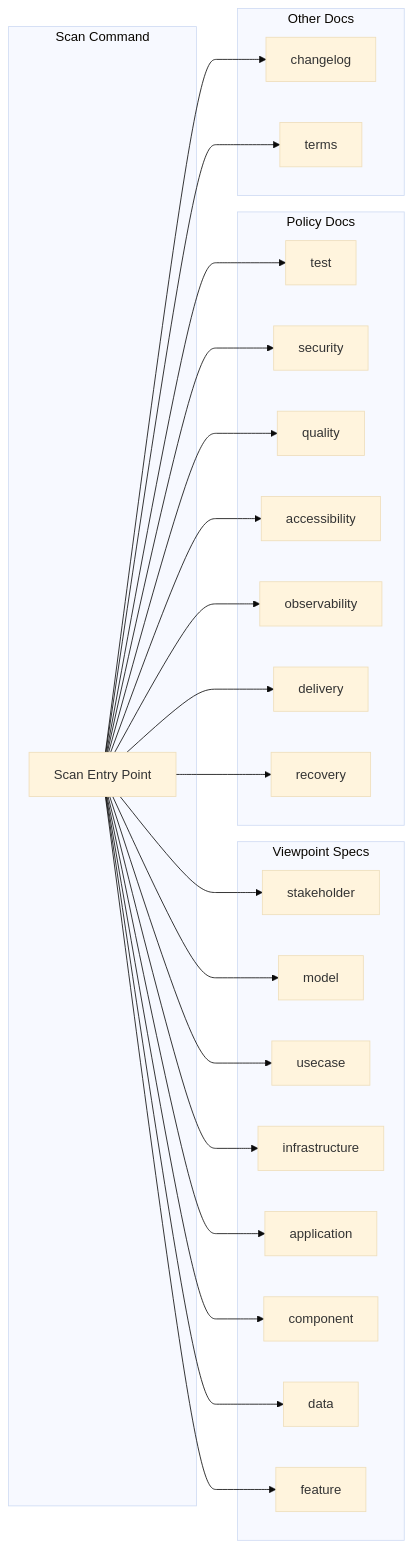
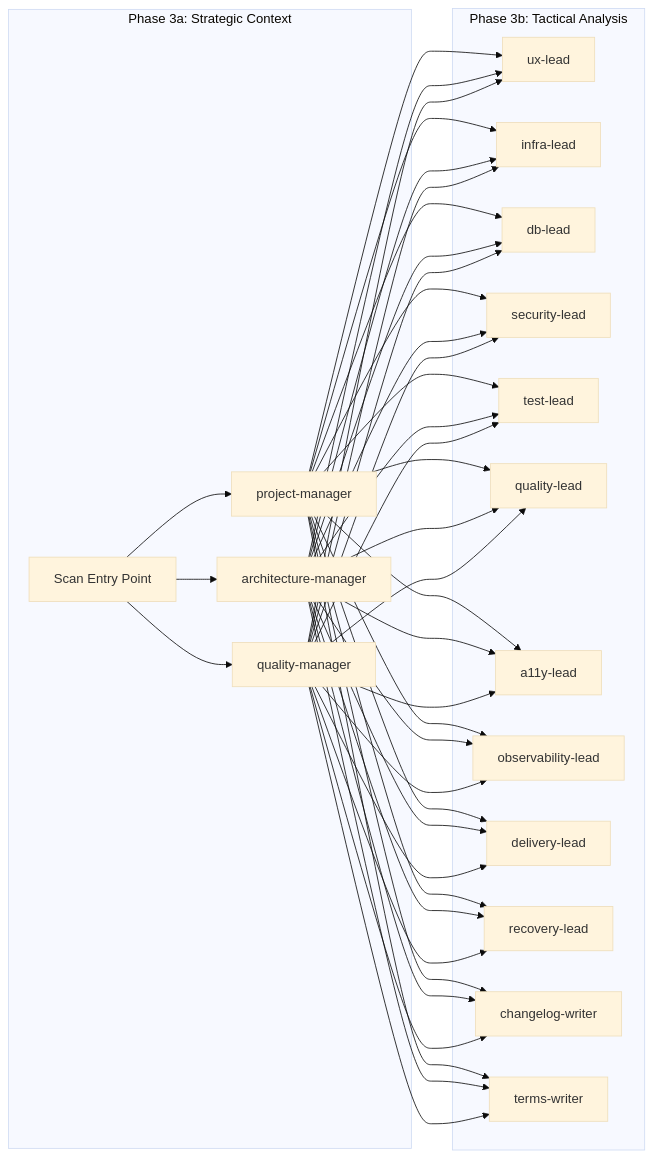
Before and after one commit to qmu/workaholic: the third of 6 diagrams in .workaholic/specs/feature.md, drawn with Mermaid (base theme). The commit also changed other lines of this file and 36 other files, not shown here.

````diff
--- a/.workaholic/specs/feature.md
+++ b/.workaholic/specs/feature.md
@@ -145,36 +149,27 @@
 ```mermaid
 flowchart LR
-    subgraph Scan Command
+    subgraph Phase 3a: Strategic Context
         S[Scan Entry Point]
+        PM[project-manager]
+        AM[architecture-manager]
+        QM[quality-manager]
     end
 
-    subgraph Viewpoint Specs
-        V1[stakeholder]
-        V2[model]
-        V3[usecase]
-        V4[infrastructure]
-        V5[application]
-        V6[component]
-        V7[data]
-        V8[feature]
+    subgraph Phase 3b: Tactical Analysis
+        UX[ux-lead]
+        IN[infra-lead]
+        DB[db-lead]
+        SEC[security-lead]
+        TST[test-lead]
+        QL[quality-lead]
+        A11Y[a11y-lead]
+        OBS[observability-lead]
+        DEL[delivery-lead]
+        REC[recovery-lead]
+        CL[changelog-writer]
+        TR[terms-writer]
     end
 
-    subgraph Policy Docs
-        P1[test]
-        P2[security]
-        P3[quality]
-        P4[accessibility]
-        P5[observability]
-        P6[delivery]
-        P7[recovery]
-    end
-
-    subgraph Other Docs
-        C[changelog]
-        T[terms]
-    end
-
-    S --> V1 & V2 & V3 & V4 & V5 & V6 & V7 & V8
-    S --> P1 & P2 & P3 & P4 & P5 & P6 & P7
-    S --> C & T
+    S --> PM & AM & QM
+    PM & AM & QM --> UX & IN & DB & SEC & TST & QL & A11Y & OBS & DEL & REC & CL & TR
 ```
````
